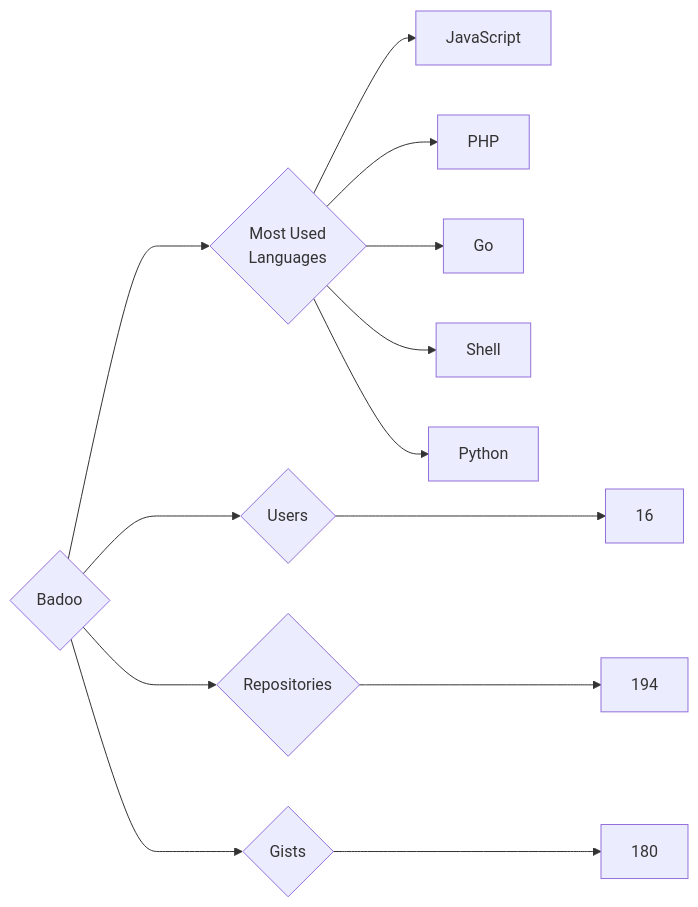
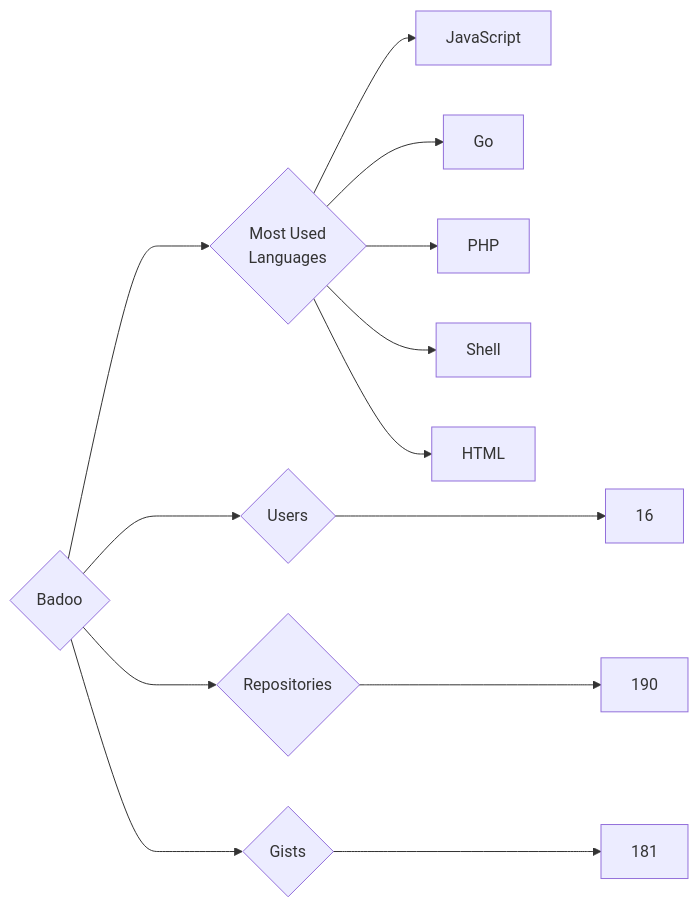
The diagram in targets/Badoo/README.md (trickest/insiders), drawn with Mermaid before and after one commit. The commit also changed 894 other files, not shown here.

````diff
--- a/targets/Badoo/README.md
+++ b/targets/Badoo/README.md
@@ -3,13 +3,13 @@
 ```mermaid
 graph LR
 COMPANY_NAME{Badoo}
 COMPANY_NAME ---> U{Users} ---> UN[16]
-COMPANY_NAME ---> R{Repositories} ---> RN[194]
-COMPANY_NAME ---> G{Gists} ---> GN[180]
+COMPANY_NAME ---> R{Repositories} ---> RN[190]
+COMPANY_NAME ---> G{Gists} ---> GN[181]
 COMPANY_NAME ---> ML{Most Used<br>Languages}
 ML --> JavaScript[JavaScript]
+ML --> Go[Go]
 ML --> PHP[PHP]
-ML --> Go[Go]
 ML --> Shell[Shell]
-ML --> Python[Python]
+ML --> HTML[HTML]
 ```
````
